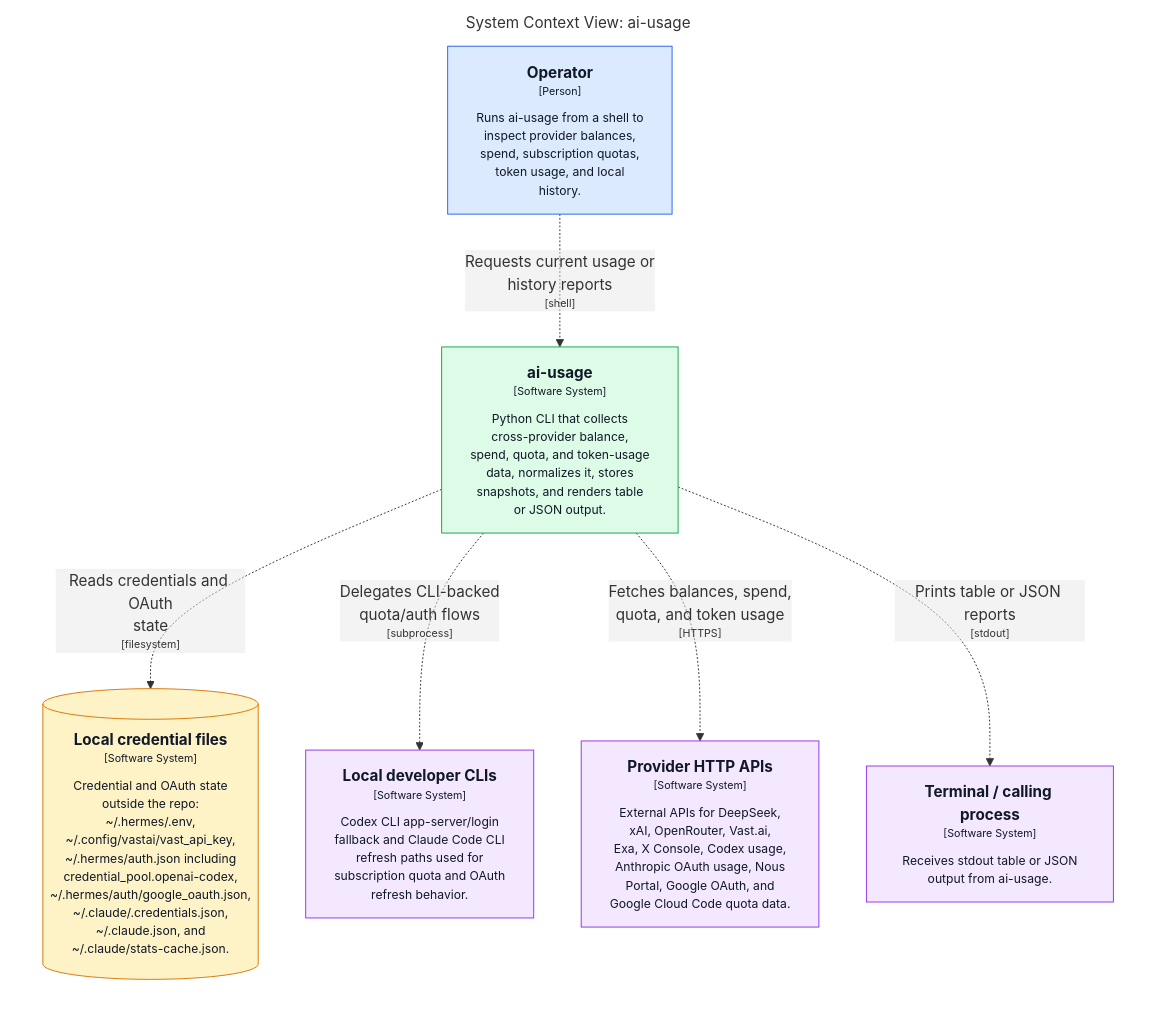
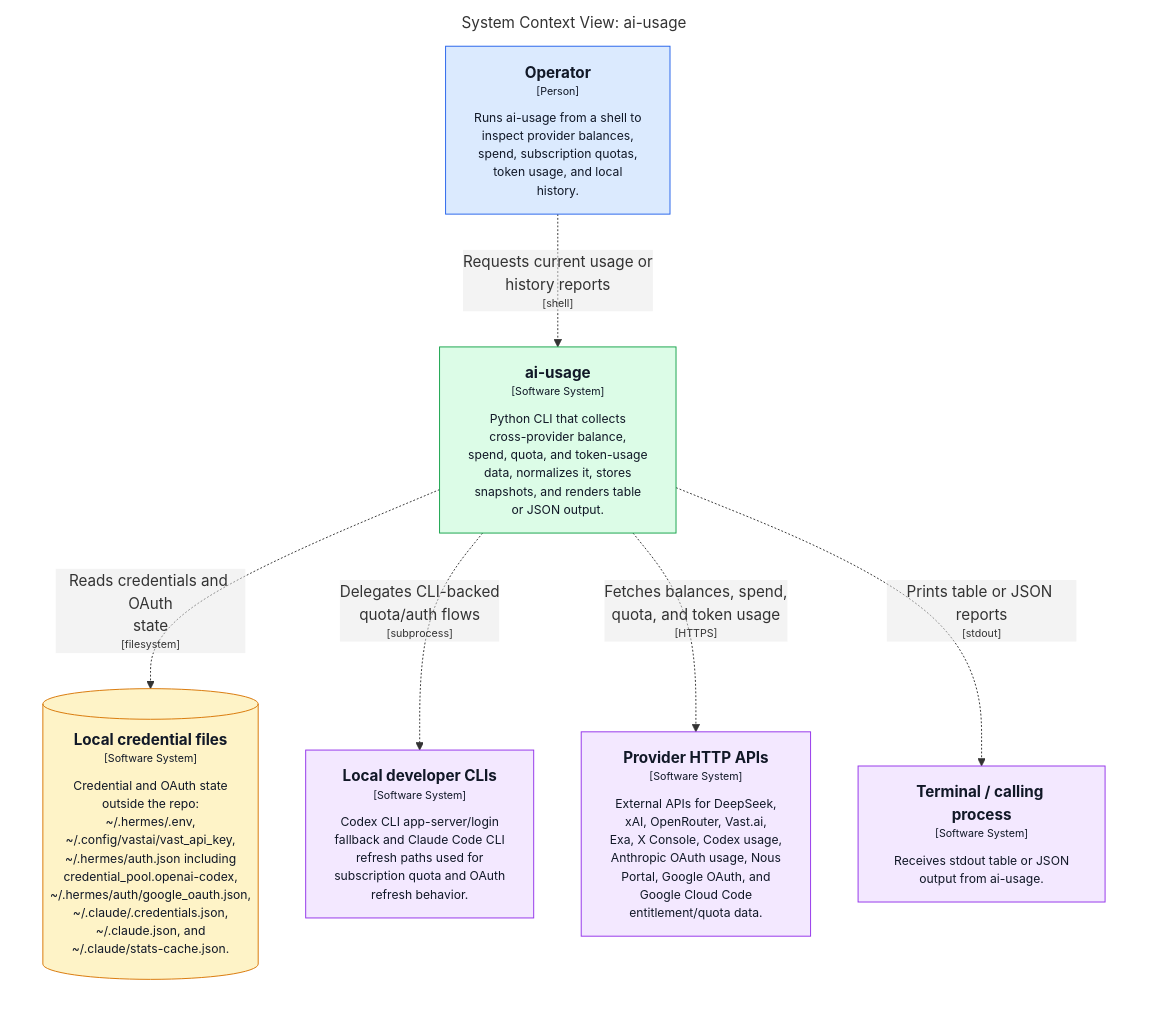
The diagram in docs/architecture/diagrams/markdown/SystemContext.md (michaelnicks0/ai-usage), drawn with Mermaid before and after one commit. The commit also changed 38 other files, not shown here.

Commit message:
fix: separate Google entitlement from quota availability

````diff
--- a/docs/architecture/diagrams/markdown/SystemContext.md
+++ b/docs/architecture/diagrams/markdown/SystemContext.md
@@ -16,28 +16,28 @@
 ```mermaid
 graph LR
   linkStyle default fill:#ffffff
 
   subgraph diagram ["System Context View: ai-usage"]
     style diagram fill:#ffffff,stroke:#ffffff
 
     1["<div style='font-weight: bold'>Operator</div><div style='font-size: 70%; margin-top: 0px'>[Person]</div><div style='font-size: 80%; margin-top:10px'>Runs ai-usage from a shell to<br />inspect provider balances,<br />spend, subscription quotas,<br />token usage, and local<br />history.</div>"]
     style 1 fill:#dbeafe,stroke:#2563eb,color:#111827
     14[("<div style='font-weight: bold'>Local credential files</div><div style='font-size: 70%; margin-top: 0px'>[Software System]</div><div style='font-size: 80%; margin-top:10px'>Credential and OAuth state<br />outside the repo:<br />~/.hermes/.env,<br />~/.config/vastai/vast_api_key,<br />~/.hermes/auth.json including<br />credential_pool.openai-codex,<br />~/.hermes/auth/google_oauth.json,<br />~/.claude/.credentials.json,<br />~/.claude.json, and<br />~/.claude/stats-cache.json.</div>")]
     style 14 fill:#fef3c7,stroke:#d97706,color:#111827
     15["<div style='font-weight: bold'>Local developer CLIs</div><div style='font-size: 70%; margin-top: 0px'>[Software System]</div><div style='font-size: 80%; margin-top:10px'>Codex CLI app-server/login<br />fallback and Claude Code CLI<br />refresh paths used for<br />subscription quota and OAuth<br />refresh behavior.</div>"]
     style 15 fill:#f3e8ff,stroke:#9333ea,color:#111827
-    16["<div style='font-weight: bold'>Provider HTTP APIs</div><div style='font-size: 70%; margin-top: 0px'>[Software System]</div><div style='font-size: 80%; margin-top:10px'>External APIs for DeepSeek,<br />xAI, OpenRouter, Vast.ai,<br />Exa, X Console, Codex usage,<br />Anthropic OAuth usage, Nous<br />Portal, Google OAuth, and<br />Google Cloud Code quota data.</div>"]
+    16["<div style='font-weight: bold'>Provider HTTP APIs</div><div style='font-size: 70%; margin-top: 0px'>[Software System]</div><div style='font-size: 80%; margin-top:10px'>External APIs for DeepSeek,<br />xAI, OpenRouter, Vast.ai,<br />Exa, X Console, Codex usage,<br />Anthropic OAuth usage, Nous<br />Portal, Google OAuth, and<br />Google Cloud Code<br />entitlement/quota data.</div>"]
     style 16 fill:#f3e8ff,stroke:#9333ea,color:#111827
     17["<div style='font-weight: bold'>Terminal / calling process</div><div style='font-size: 70%; margin-top: 0px'>[Software System]</div><div style='font-size: 80%; margin-top:10px'>Receives stdout table or JSON<br />output from ai-usage.</div>"]
     style 17 fill:#f3e8ff,stroke:#9333ea,color:#111827
     2["<div style='font-weight: bold'>ai-usage</div><div style='font-size: 70%; margin-top: 0px'>[Software System]</div><div style='font-size: 80%; margin-top:10px'>Python CLI that collects<br />cross-provider balance,<br />spend, quota, and token-usage<br />data, normalizes it, stores<br />snapshots, and renders table<br />or JSON output.</div>"]
     style 2 fill:#dcfce7,stroke:#16a34a,color:#111827
 
     1-. "<div>Requests current usage or<br />history reports</div><div style='font-size: 70%'>[shell]</div>" .->2
     2-. "<div>Fetches balances, spend,<br />quota, and token usage</div><div style='font-size: 70%'>[HTTPS]</div>" .->16
     2-. "<div>Reads credentials and OAuth<br />state</div><div style='font-size: 70%'>[filesystem]</div>" .->14
     2-. "<div>Delegates CLI-backed<br />quota/auth flows</div><div style='font-size: 70%'>[subprocess]</div>" .->15
     2-. "<div>Prints table or JSON reports</div><div style='font-size: 70%'>[stdout]</div>" .->17
 
   end
 ```
````
